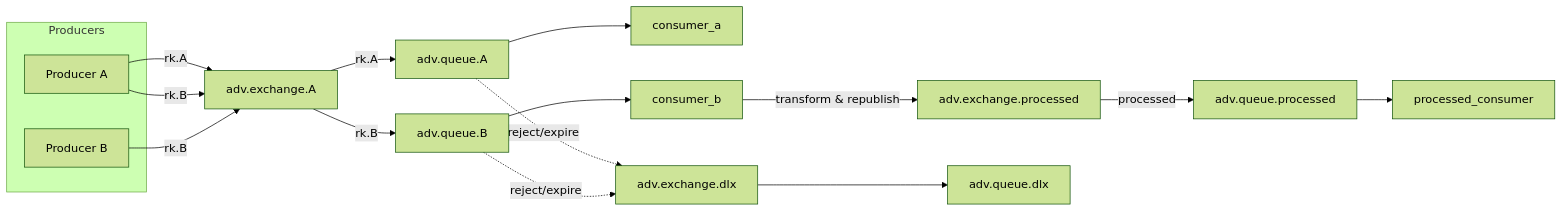
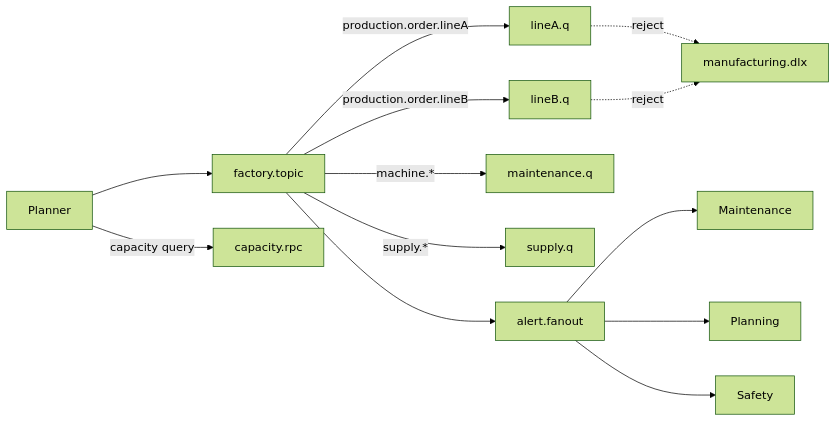
Before and after one commit to amish0/Rabbitmq_tutorial: the fourth of 5 diagrams in README.md, drawn with Mermaid (forest theme). The commit also changed other lines of this file and 12 other files, not shown here.

````diff
--- a/README.md
+++ b/README.md
@@ -15,20 +138,15 @@
 ```mermaid
 flowchart LR
-    subgraph Producers
-        PA[Producer A]
-        PB[Producer B]
-    end
-    PA -->|rk.A| EXA[adv.exchange.A]
-    PA -->|rk.B| EXA
-    PB -->|rk.B| EXA
-    EXA -->|rk.A| QA[adv.queue.A]
-    EXA -->|rk.B| QB[adv.queue.B]
-    QA --> CA[consumer_a]
-    QB --> CB[consumer_b]
-    CB -->|transform & republish| EXP[adv.exchange.processed]
-    EXP -->|processed| QP[adv.queue.processed]
-    QP --> CP[processed_consumer]
-    QA -.reject/expire.-> DLX[adv.exchange.dlx]
-    QB -.reject/expire.-> DLX
-    DLX --> DLQ[adv.queue.dlx]
+    Planner[Planner] --> FactoryTopic[factory.topic]
+    FactoryTopic -->|production.order.lineA| LineAQ[lineA.q]
+    FactoryTopic -->|production.order.lineB| LineBQ[lineB.q]
+    FactoryTopic -->|machine.*| MaintenanceQ[maintenance.q]
+    FactoryTopic -->|supply.*| SupplyQ[supply.q]
+    Planner -->|capacity query| CapacityRPC[capacity.rpc]
+    LineAQ -.reject.-> ManufacturingDLX[manufacturing.dlx]
+    LineBQ -.reject.-> ManufacturingDLX
+    FactoryTopic --> AlertFanout[alert.fanout]
+    AlertFanout --> Maintenance[Maintenance]
+    AlertFanout --> Planning[Planning]
+    AlertFanout --> Safety[Safety]
 ```
````
